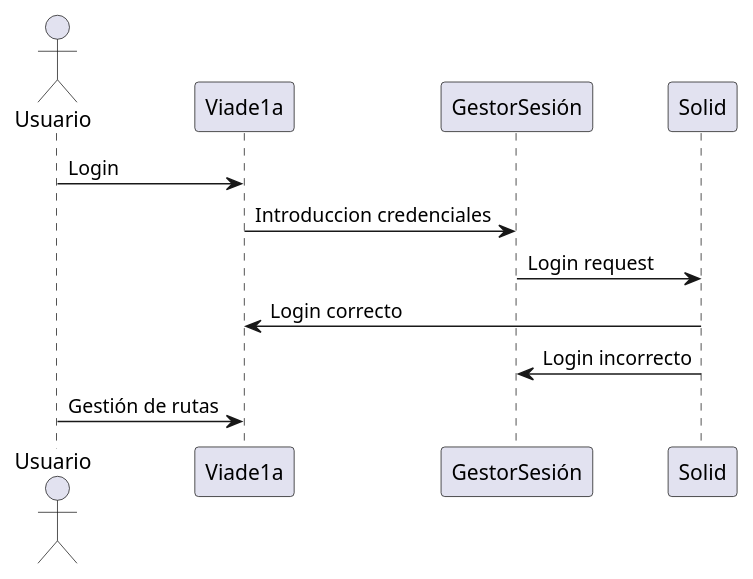
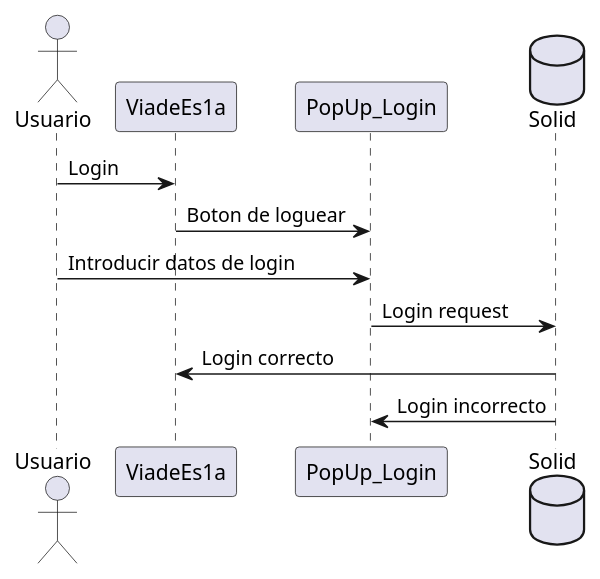
The first of 4 diagrams in src/docs/06_runtime_view.adoc (Arquisoft/viade_es1a), drawn with PlantUML before and after one commit. The commit also changed other lines of this file, not shown here.

Commit message:
Corregido diagrama 6.1

```diff
--- a/src/docs/06_runtime_view.adoc
+++ b/src/docs/06_runtime_view.adoc
@@ -6,14 +6,16 @@
 [plantuml,Inicio Sesión,png]
 ----
 @startuml
 
 actor Usuario
-Usuario -> Viade1a: Login 
-Viade1a -> GestorSesión:Introduccion credenciales
-GestorSesión -> Solid:Login request
-Solid -> Viade1a:   Login correcto
-Solid -> GestorSesión:   Login incorrecto
-Usuario -> Viade1a: Gestión de rutas
+Usuario -> ViadeEs1a: Login 
+ViadeEs1a -> PopUp_Login:Boton de loguear
+Usuario -> PopUp_Login:Introducir datos de login
+database Solid
+PopUp_Login -> Solid:Login request
+Solid -> ViadeEs1a:   Login correcto
+Solid -> PopUp_Login:   Login incorrecto
+
 
 @enduml
 ----
```
